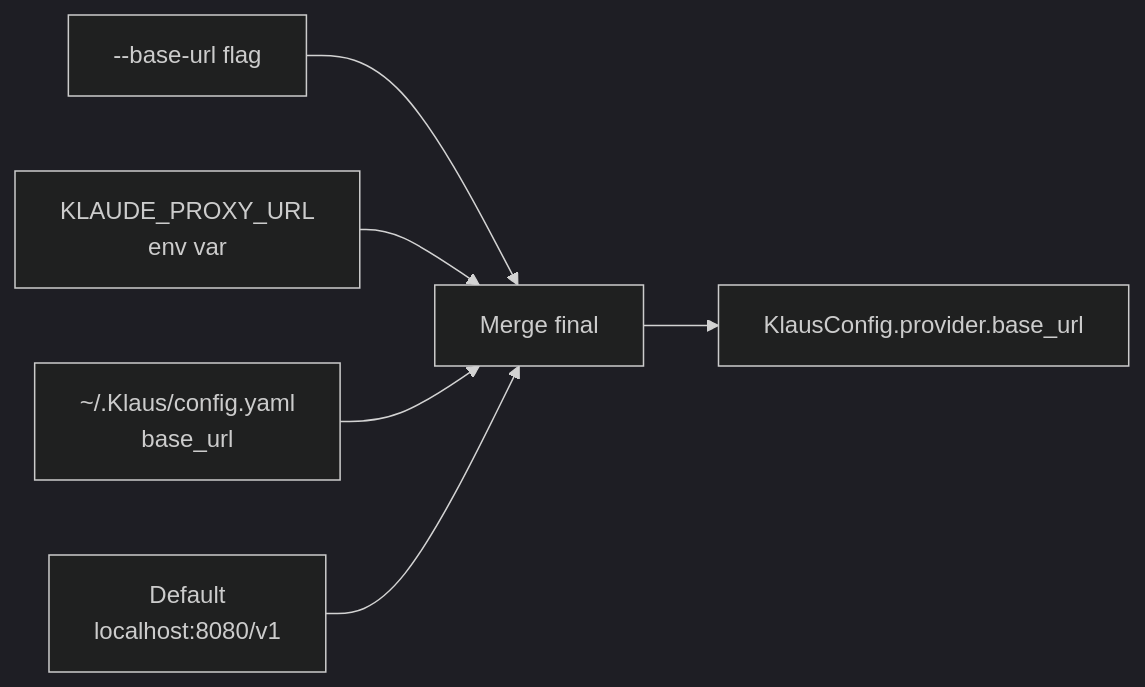
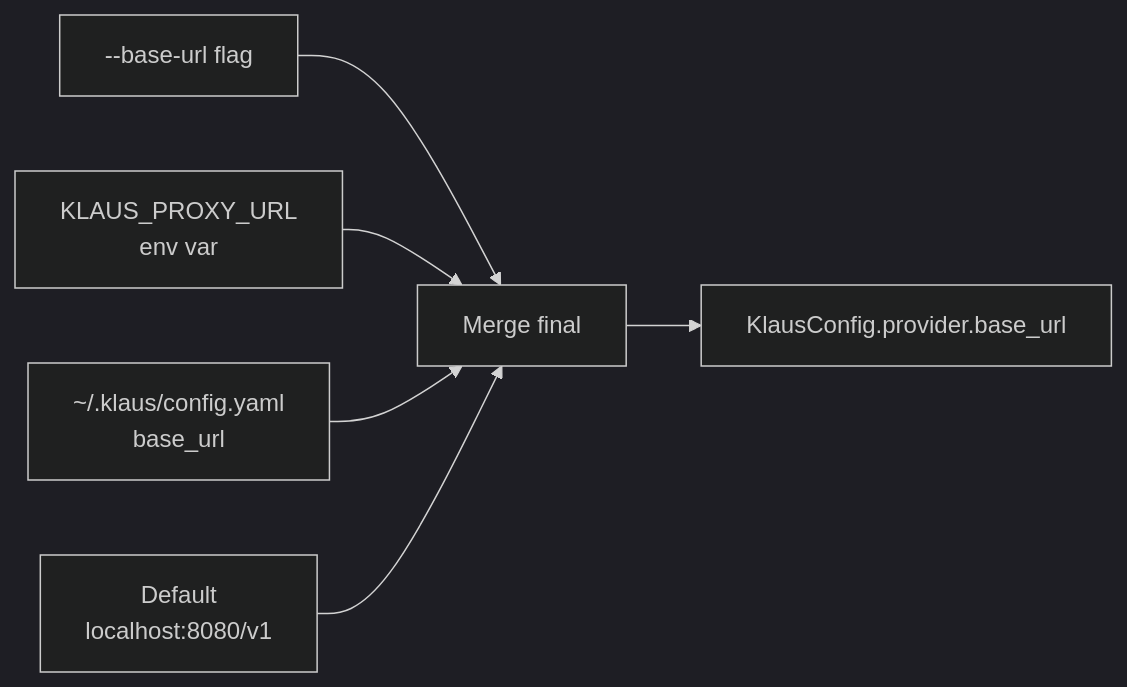
Before and after one commit to Ka0s-Klaus/klaus-code-cli: the first of 2 diagrams in docs/configuration.md, drawn with Mermaid (dark theme). The commit also changed other lines of this file and 32 other files, not shown here.

````diff
--- a/docs/configuration.md
+++ b/docs/configuration.md
@@ -52,8 +64,8 @@
 ```mermaid
 flowchart LR
     CLI["--base-url flag"] --> MRG["Merge final"]
-    ENV["KLAUDE_PROXY_URL\nenv var"] --> MRG
-    YAML["~/.Klaus/config.yaml\nbase_url"] --> MRG
+    ENV["KLAUS_PROXY_URL\nenv var"] --> MRG
+    YAML["~/.klaus/config.yaml\nbase_url"] --> MRG
     DEF["Default\nlocalhost:8080/v1"] --> MRG
     MRG --> CFG["KlausConfig.provider.base_url"]
 ```
````
